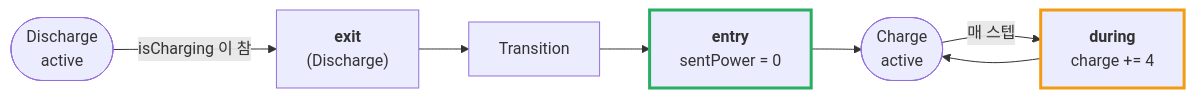
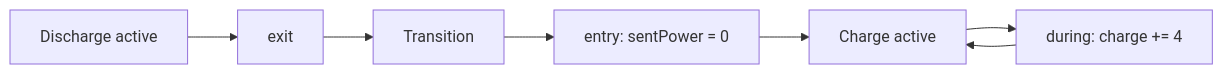
The second of 3 diagrams in _posts/2026-07-14-02-first-chart.md (genie4youu/genie4youu.github.io), drawn with Mermaid before and after one commit. The commit also changed other lines of this file and 13 other files, not shown here.

First line of the commit message:
﻿전면 손질: 제목 변경, AI 티 나는 표현 제거, 다이어그램 재작성

````diff
--- a/_posts/2026-07-14-02-first-chart.md
+++ b/_posts/2026-07-14-02-first-chart.md
@@ -110,12 +76,9 @@
 ```mermaid
 flowchart LR
-    A(["Discharge<br/>active"]) -->|"isCharging 이 참"| B["<b>exit</b><br/>(Discharge)"]
-    B --> C["Transition"]
-    C --> D["<b>entry</b><br/>sentPower = 0"]
-    D --> E(["Charge<br/>active"])
-    E -->|"매 스텝"| F["<b>during</b><br/>charge += 4"]
+    A[Discharge active] --> B[exit]
+    B --> C[Transition]
+    C --> D["entry: sentPower = 0"]
+    D --> E[Charge active]
+    E --> F["during: charge += 4"]
     F --> E
-
-    style D stroke:#27ae60,stroke-width:3px
-    style F stroke:#f39c12,stroke-width:3px
 ```
````
